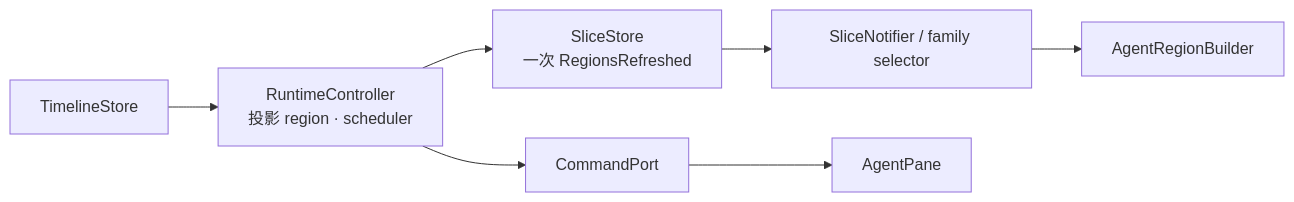
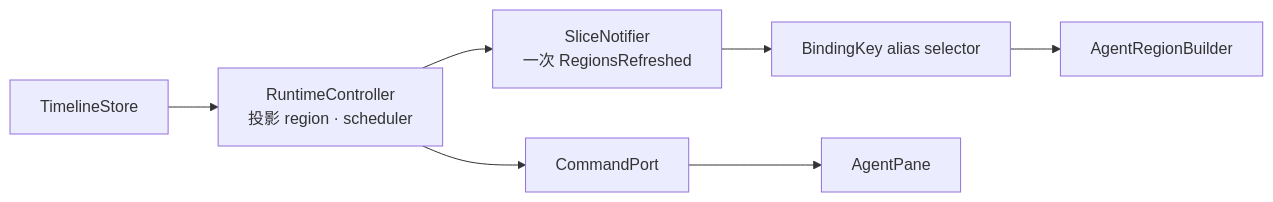
One commit to linpeilie/zeta changed the third of 6 diagrams in docs/zh/architecture/overview.md. Above: the diagram before and after it, drawn with Mermaid. The commit also changed other lines of this file and 71 other files, not shown here.

````diff
--- a/docs/zh/architecture/overview.md
+++ b/docs/zh/architecture/overview.md
@@ -119,9 +119,9 @@
 ```mermaid
 flowchart LR
     tl["TimelineStore"] --> rt["RuntimeController<br/>投影 region · scheduler"]
-    rt --> sl["SliceStore<br/>一次 RegionsRefreshed"]
-    sl --> sel["SliceNotifier / family selector"]
+    rt --> sl["SliceNotifier<br/>一次 RegionsRefreshed"]
+    sl --> sel["BindingKey alias selector"]
     sel --> rb["AgentRegionBuilder"]
     rt --> cmd["CommandPort"]
     cmd --> pane["AgentPane"]
 ```
````
